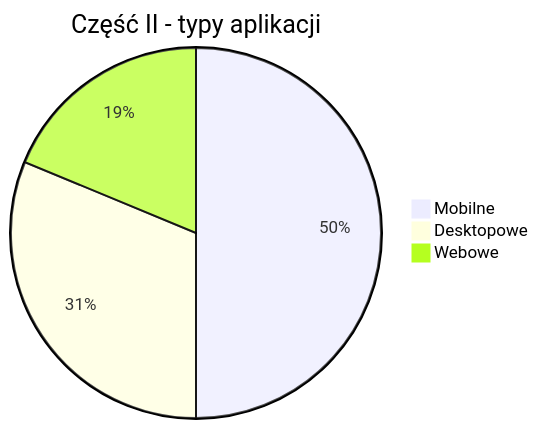
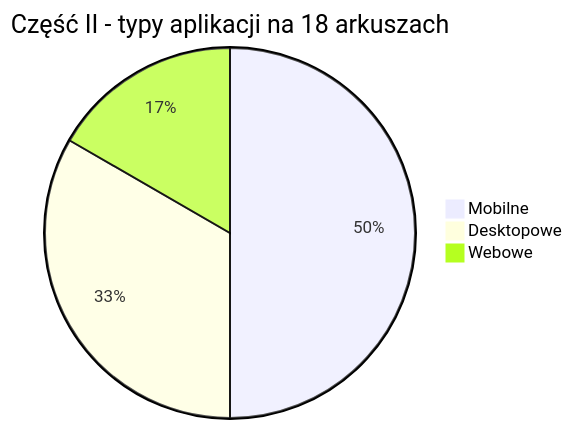
The first of 2 diagrams in arkusze/analiza/czesc-2/analina-codex.md (kacperbogusz/zse-inf04), drawn with Mermaid before and after one commit. The commit also changed other lines of this file and 16 other files, not shown here.

````diff
--- a/arkusze/analiza/czesc-2/analina-codex.md
+++ b/arkusze/analiza/czesc-2/analina-codex.md
@@ -257,6 +272,6 @@
 ```mermaid
-pie title Część II - typy aplikacji
-    "Mobilne" : 8
-    "Desktopowe" : 5
+pie title Część II - typy aplikacji na 18 arkuszach
+    "Mobilne" : 9
+    "Desktopowe" : 6
     "Webowe" : 3
 ```
````
